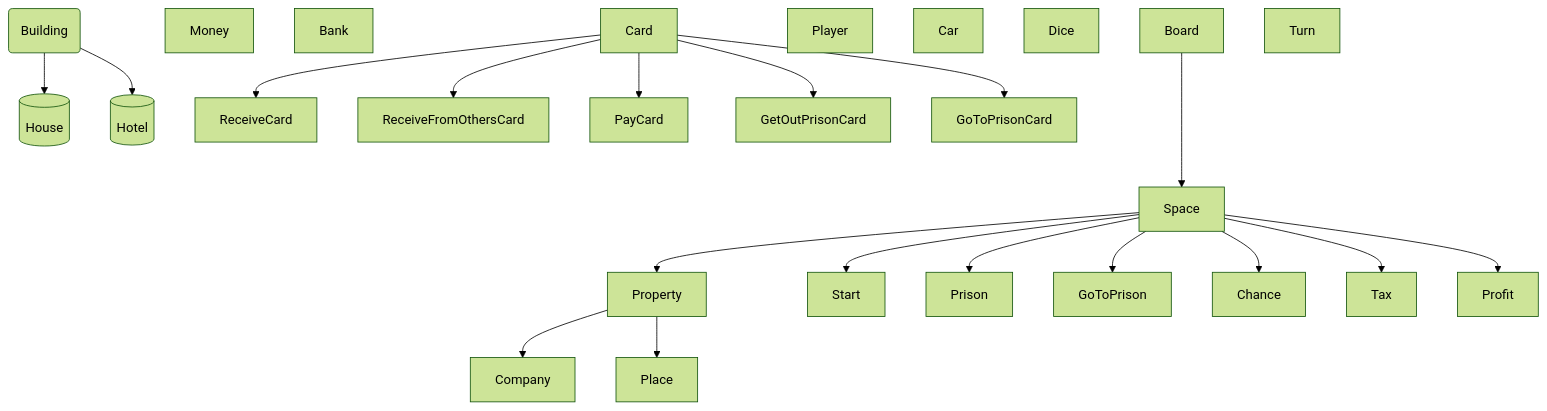
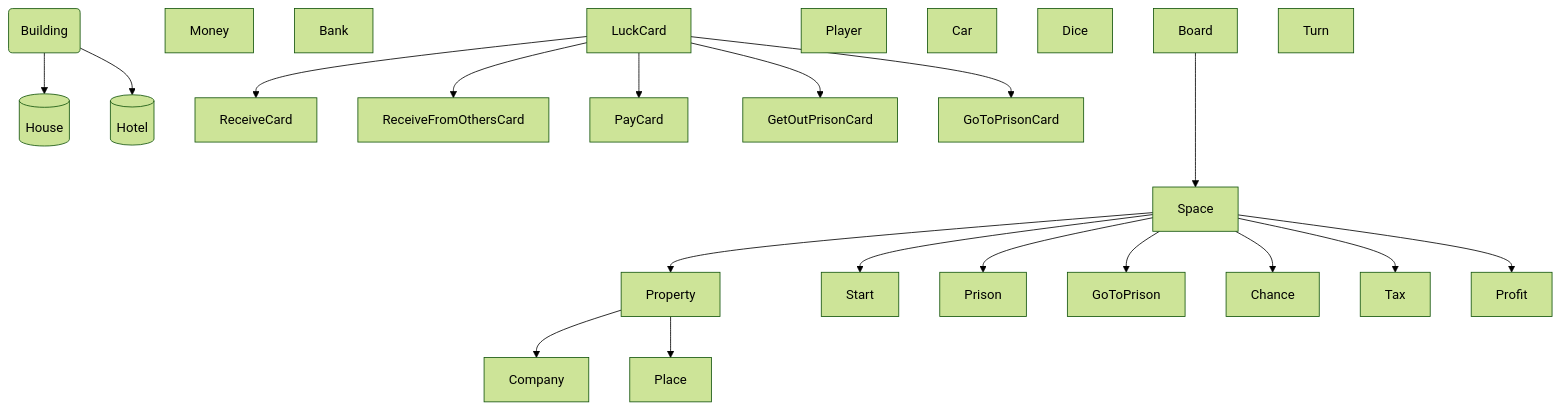
Before and after one commit to duduardo45/INF1636-POO-Banco-Imobiliario: the first of 10 diagrams in README.md, drawn with Mermaid (forest theme). The commit also changed other lines of this file and 22 other files, not shown here.

````diff
--- a/README.md
+++ b/README.md
@@ -18,26 +18,26 @@
 ```mermaid
 graph
     id(Building) --> id2[(House)];
     id(Building) --> id3[(Hotel)];
     Money;
     Bank;
     Board ---> Space;
     Space --> Property;
     Space --> Start;
     Space --> Prison;
     Space --> GoToPrison;
     Space --> Chance;
     Space --> Tax;
     Space --> Profit;
     Property --> Company;
     Property --> Place;
     Player;
     Car;
     Dice;
-    Card --> ReceiveCard;
-    Card --> ReceiveFromOthersCard;
-    Card --> PayCard;
-    Card --> GetOutPrisonCard;
-    Card --> GoToPrisonCard;
+    LuckCard --> ReceiveCard;
+    LuckCard --> ReceiveFromOthersCard;
+    LuckCard --> PayCard;
+    LuckCard --> GetOutPrisonCard;
+    LuckCard --> GoToPrisonCard;
     Turn;
 ```
````
